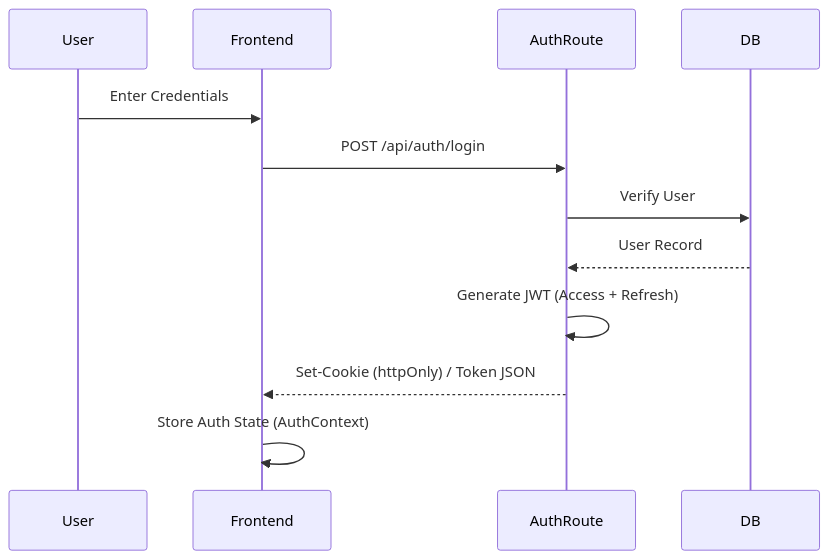
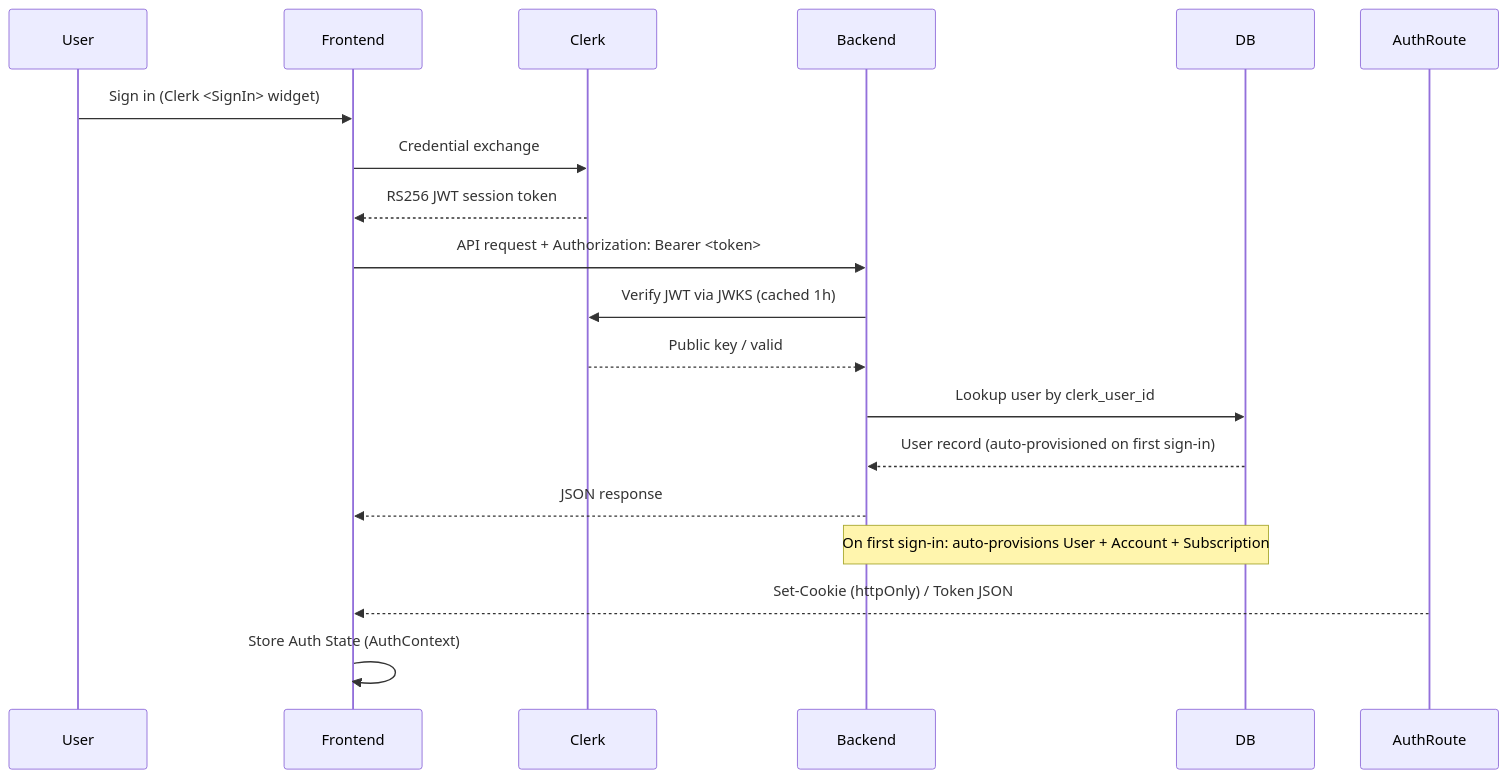
One commit to alphawizards/Propequitylab changed the second of 4 diagrams in docs/architecture/codebase_data_flow_map.md. Above: the diagram before and after it, drawn with Mermaid. The commit also changed other lines of this file and 68 other files, not shown here.

````diff
--- a/docs/architecture/codebase_data_flow_map.md
+++ b/docs/architecture/codebase_data_flow_map.md
@@ -49,15 +51,22 @@
 ```mermaid
 sequenceDiagram
     participant User
     participant Frontend
-    participant AuthRoute
+    participant Clerk
+    participant Backend
     participant DB
-    
-    User->>Frontend: Enter Credentials
-    Frontend->>AuthRoute: POST /api/auth/login
-    AuthRoute->>DB: Verify User
-    DB-->>AuthRoute: User Record
-    AuthRoute->>AuthRoute: Generate JWT (Access + Refresh)
+
+    User->>Frontend: Sign in (Clerk <SignIn> widget)
+    Frontend->>Clerk: Credential exchange
+    Clerk-->>Frontend: RS256 JWT session token
+    Frontend->>Backend: API request + Authorization: Bearer <token>
+    Backend->>Clerk: Verify JWT via JWKS (cached 1h)
+    Clerk-->>Backend: Public key / valid
+    Backend->>DB: Lookup user by clerk_user_id
+    DB-->>Backend: User record (auto-provisioned on first sign-in)
+    Backend-->>Frontend: JSON response
+
+    Note over Backend,DB: On first sign-in: auto-provisions User + Account + Subscription
     AuthRoute-->>Frontend: Set-Cookie (httpOnly) / Token JSON
     Frontend->>Frontend: Store Auth State (AuthContext)
 ```
````
